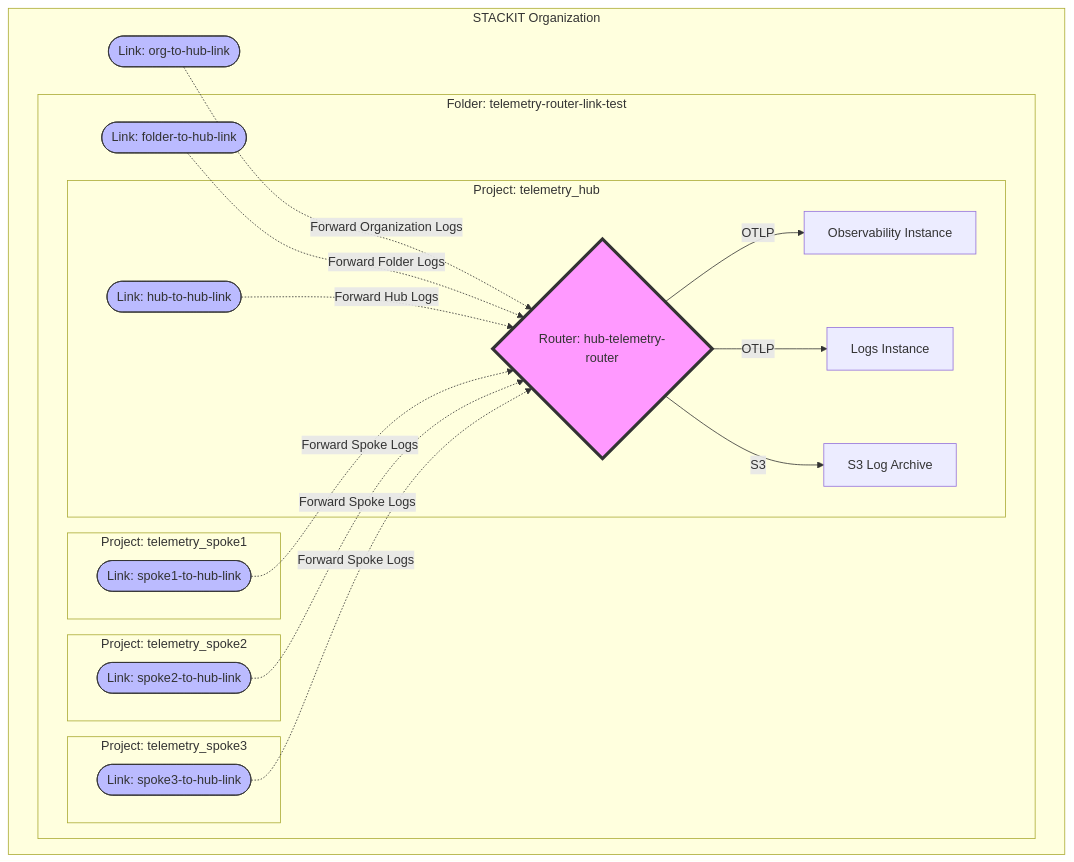
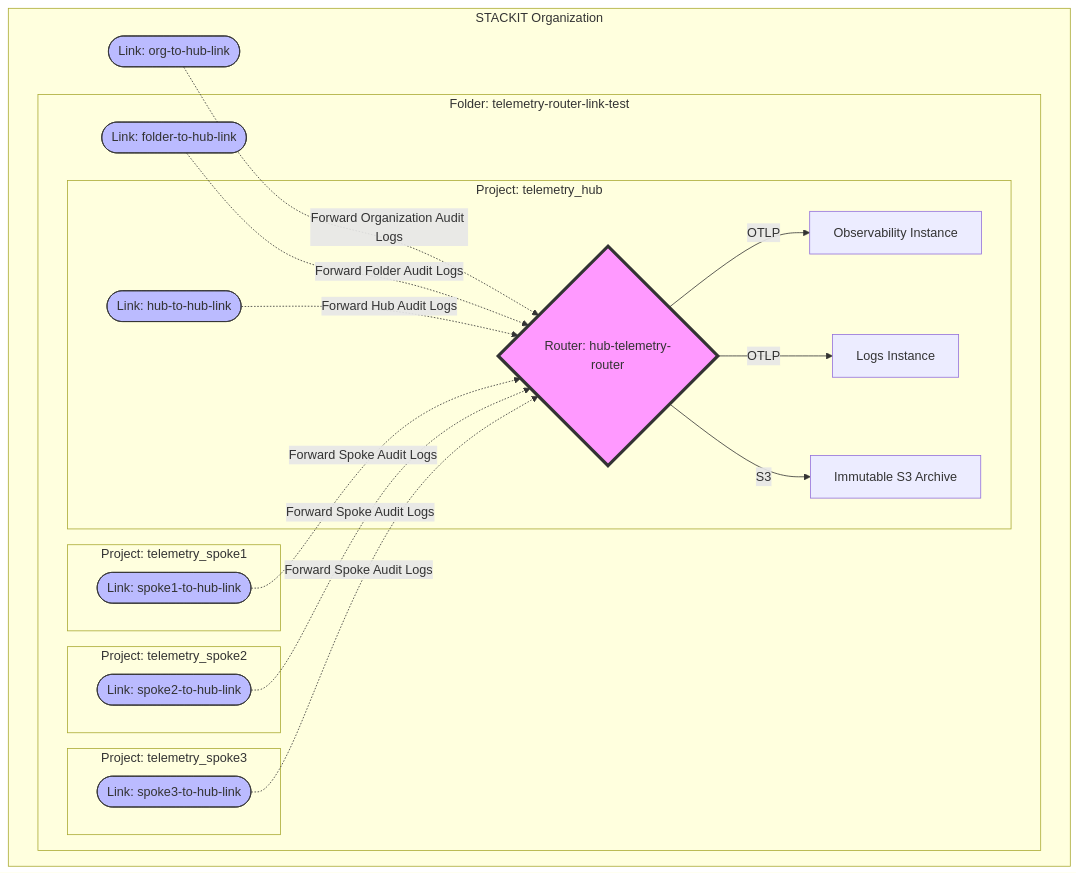
One commit to xamma/professional-service changed the diagram in examples/telemetry-router-hub-spoke-setup/README.md. Above: the diagram before and after it, drawn with Mermaid. The commit also changed other lines of this file and 3 other files, not shown here.

````diff
--- a/examples/telemetry-router-hub-spoke-setup/README.md
+++ b/examples/telemetry-router-hub-spoke-setup/README.md
@@ -10,50 +14,50 @@
 ```mermaid
 graph TD
     subgraph Organization [STACKIT Organization]
         OrgLink([Link: org-to-hub-link])
 
         subgraph ParentFolder [Folder: telemetry-router-link-test]
             FolderLink([Link: folder-to-hub-link])
 
             subgraph HubProject [Project: telemetry_hub]
                 Router{Router: hub-telemetry-router}
                 HubLink([Link: hub-to-hub-link])
                 Obs[Observability Instance]
                 Logs[Logs Instance]
-                S3[S3 Log Archive]
+                S3[Immutable S3 Archive]
 
                 Router -->|OTLP| Obs
                 Router -->|OTLP| Logs
                 Router -->|S3| S3
             end
 
             subgraph Spoke1 [Project: telemetry_spoke1]
                 Link1([Link: spoke1-to-hub-link])
             end
 
             subgraph Spoke2 [Project: telemetry_spoke2]
                 Link2([Link: spoke2-to-hub-link])
             end
 
             subgraph Spoke3 [Project: telemetry_spoke3]
                 Link3([Link: spoke3-to-hub-link])
             end
         end
     end
 
     %% Connections from Links to Router
-    OrgLink -.->|Forward Organization Logs| Router
-    FolderLink -.->|Forward Folder Logs| Router
-    HubLink -.->|Forward Hub Logs| Router
-    Link1 -.->|Forward Spoke Logs| Router
-    Link2 -.->|Forward Spoke Logs| Router
-    Link3 -.->|Forward Spoke Logs| Router
+    OrgLink -.->|Forward Organization Audit Logs| Router
+    FolderLink -.->|Forward Folder Audit Logs| Router
+    HubLink -.->|Forward Hub Audit Logs| Router
+    Link1 -.->|Forward Spoke Audit Logs| Router
+    Link2 -.->|Forward Spoke Audit Logs| Router
+    Link3 -.->|Forward Spoke Audit Logs| Router
 
     style Router fill:#f9f,stroke:#333,stroke-width:4px
     style OrgLink fill:#bbf,stroke:#333
     style FolderLink fill:#bbf,stroke:#333
     style HubLink fill:#bbf,stroke:#333
     style Link1 fill:#bbf,stroke:#333
     style Link2 fill:#bbf,stroke:#333
     style Link3 fill:#bbf,stroke:#333
 ```
````
